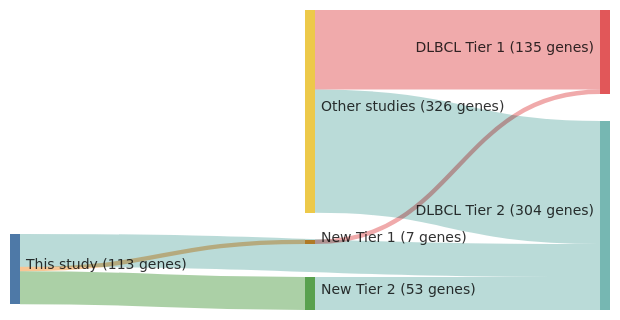
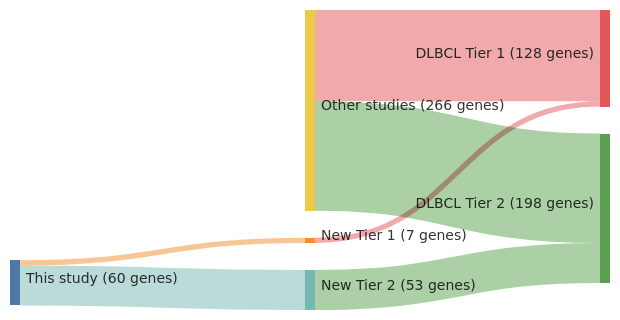
Before and after one commit to morinlab/lymphopedia: the diagram in papers/reddyGeneticFunctionalDrivers2017.md, drawn with Mermaid. The commit also changed 81 other files, not shown here.

````diff
--- a/papers/reddyGeneticFunctionalDrivers2017.md
+++ b/papers/reddyGeneticFunctionalDrivers2017.md
@@ -12,21 +12,20 @@
 ```mermaid
 ---
 config:
     sankey:
         showValues: true
         linkColor: target
         width: 600
         height: 300
         nodeAlignment: right
         prefix: '('
         suffix: ' genes)'
 ---
 sankey-beta
 This study, New Tier 1, 7
 New Tier 1, DLBCL Tier 1, 7
-This study, DLBCL Tier 2, 53
 This study, New Tier 2, 53
 New Tier 2, DLBCL Tier 2, 53
-Other studies, DLBCL Tier 1, 128
-Other studies, DLBCL Tier 2, 198
+Other studies, DLBCL Tier 1, 121
+Other studies, DLBCL Tier 2, 145
 ```
````
